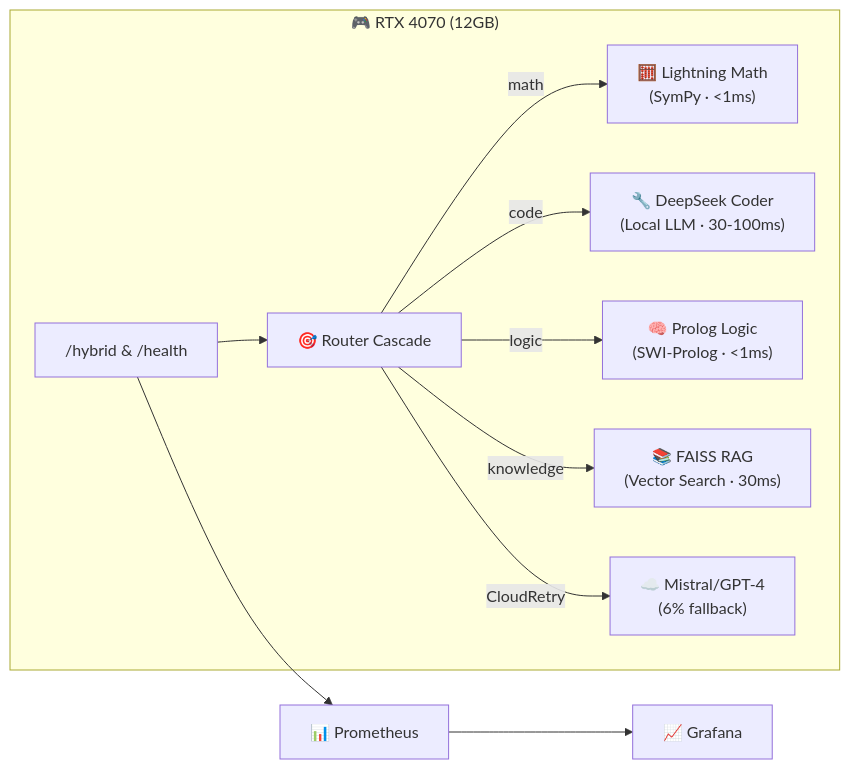
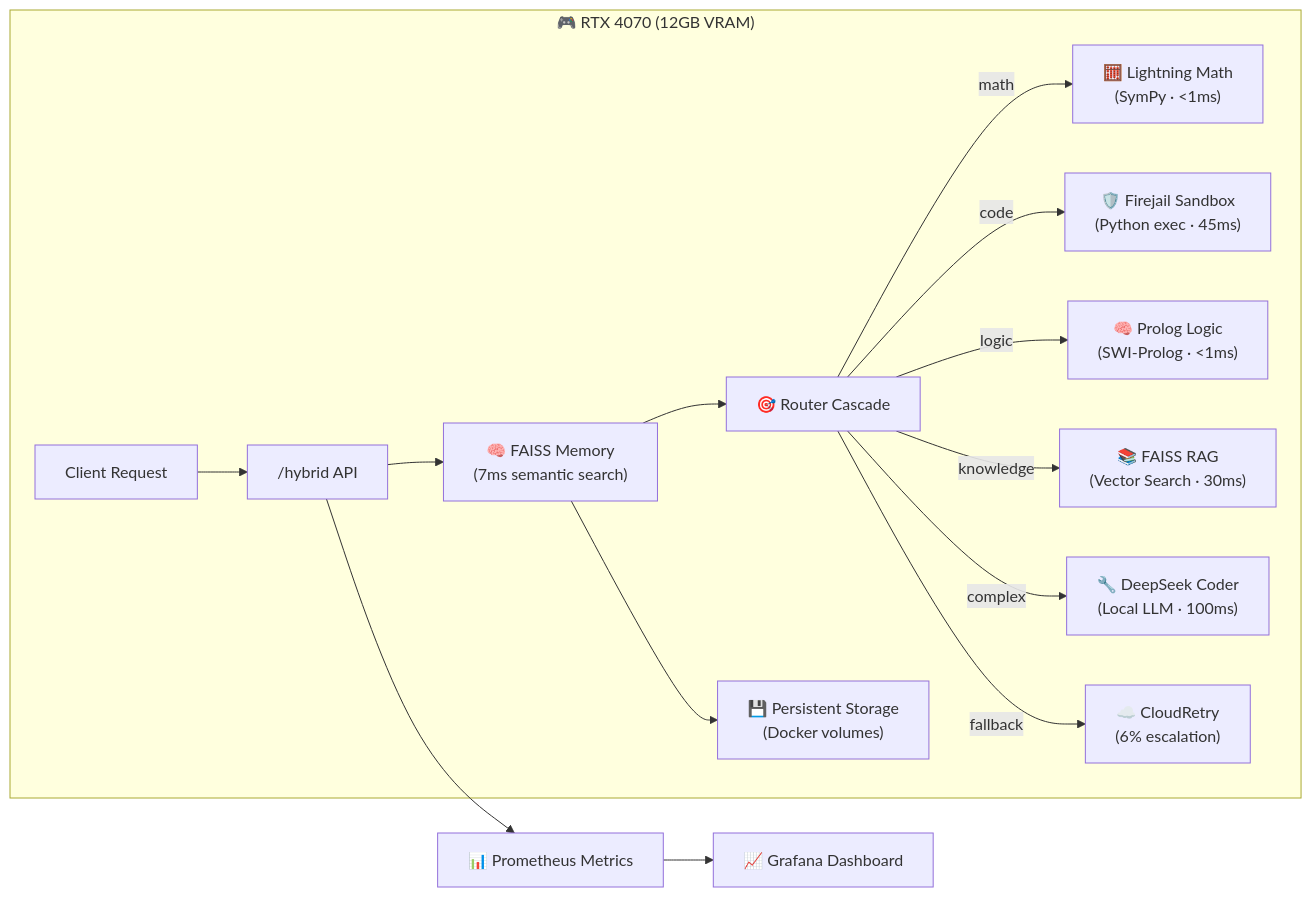
Before and after one commit to democratizeAI/council: the diagram in README.md, drawn with Mermaid. The commit also changed other lines of this file, not shown here.

Commit message:
docs: Update README.md to reflect v2.6.0 complete desktop OS assistant capabilities - Added memory persistence, secure code execution, production deployment guides, and comprehensive documentation reflecting 626ms latency and Blueprint-First Development methodology

````diff
--- a/README.md
+++ b/README.md
@@ -45,13 +37,20 @@
 ```mermaid
 flowchart LR
-    subgraph RTX4070["🎮 RTX 4070 (12GB)"]
-        API["/hybrid & /health"] --> Router["🎯 Router Cascade"]
+    subgraph RTX4070["🎮 RTX 4070 (12GB VRAM)"]
+        Client[Client Request] --> API["/hybrid API"]
+        API --> Memory["🧠 FAISS Memory<br/>(7ms semantic search)"]
+        Memory --> Router["🎯 Router Cascade"]
+        
         Router -->|math| Math["🧮 Lightning Math<br/>(SymPy · <1ms)"]
-        Router -->|code| Code["🔧 DeepSeek Coder<br/>(Local LLM · 30-100ms)"]
+        Router -->|code| Sandbox["🛡️ Firejail Sandbox<br/>(Python exec · 45ms)"]
         Router -->|logic| Logic["🧠 Prolog Logic<br/>(SWI-Prolog · <1ms)"]
         Router -->|knowledge| RAG["📚 FAISS RAG<br/>(Vector Search · 30ms)"]
-        Router -->|CloudRetry| Cloud["☁️ Mistral/GPT-4<br/>(6% fallback)"]
+        Router -->|complex| LLM["🔧 DeepSeek Coder<br/>(Local LLM · 100ms)"]
+        Router -->|fallback| Cloud["☁️ CloudRetry<br/>(6% escalation)"]
+        
+        Memory --> Store["💾 Persistent Storage<br/>(Docker volumes)"]
     end
-    API --> Metrics["📊 Prometheus"]
-    Metrics --> Grafana["📈 Grafana"]
+    
+    API --> Metrics["📊 Prometheus Metrics"]
+    Metrics --> Grafana["📈 Grafana Dashboard"]
 ```
````
